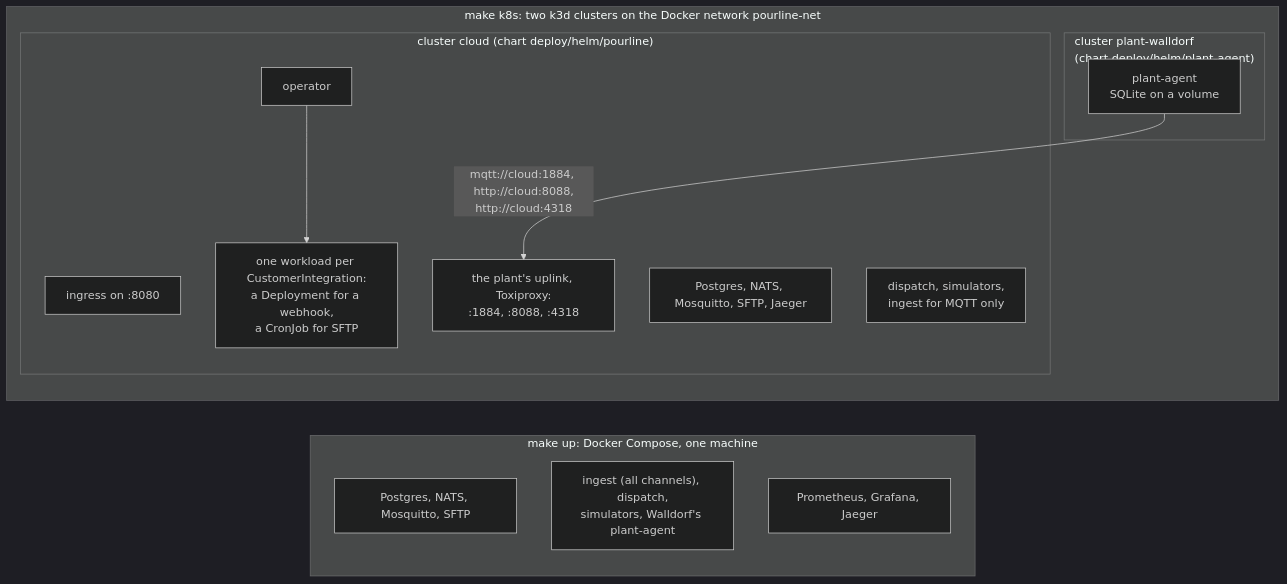
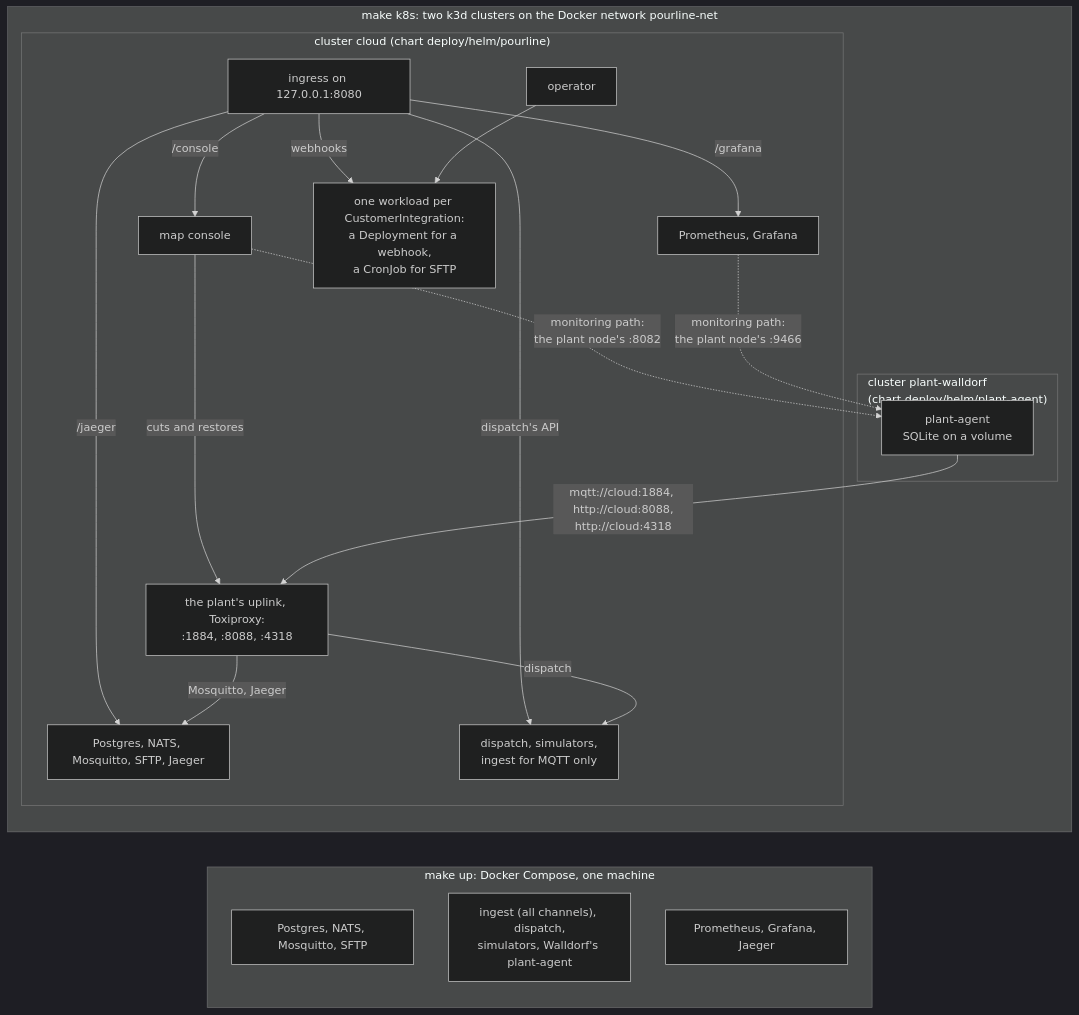
The seventh of 9 diagrams in docs/architecture.md (igorilic/rmc-dispatch-platform), drawn with Mermaid (dark theme) before and after one commit. The commit also changed other lines of this file and 4 other files, not shown here.

First line of the commit message:
docs: the map console (M10 step 9)

````diff
--- a/docs/architecture.md
+++ b/docs/architecture.md
@@ -209,24 +276,36 @@
 ```mermaid
 flowchart LR
     subgraph compose["make up: Docker Compose, one machine"]
         c_infra["Postgres, NATS, Mosquitto, SFTP"]
         c_apps["ingest (all channels), dispatch,<br/>simulators, Walldorf's plant-agent"]
         c_obs["Prometheus, Grafana, Jaeger"]
     end
 
     subgraph k8s["make k8s: two k3d clusters on the Docker network pourline-net"]
         subgraph plant["cluster plant-walldorf<br/>(chart deploy/helm/plant-agent)"]
             k_agent["plant-agent<br/>SQLite on a volume"]
         end
         subgraph cloud["cluster cloud (chart deploy/helm/pourline)"]
-            k_ingress["ingress on :8080"]
+            k_ingress["ingress on 127.0.0.1:8080"]
+            k_console["map console"]
+            k_obs["Prometheus, Grafana"]
             k_uplink["the plant's uplink, Toxiproxy:<br/>:1884, :8088, :4318"]
             k_infra["Postgres, NATS, Mosquitto, SFTP, Jaeger"]
             k_apps["dispatch, simulators,<br/>ingest for MQTT only"]
             k_op["operator"]
             k_ci["one workload per CustomerIntegration:<br/>a Deployment for a webhook,<br/>a CronJob for SFTP"]
+            k_ingress -- "/console" --> k_console
+            k_ingress -- "/grafana" --> k_obs
+            k_ingress -- "/jaeger" --> k_infra
+            k_ingress -- "dispatch's API" --> k_apps
+            k_ingress -- "webhooks" --> k_ci
             k_op --> k_ci
+            k_console -- "cuts and restores" --> k_uplink
+            k_uplink -- "Mosquitto, Jaeger" --> k_infra
+            k_uplink -- "dispatch" --> k_apps
         end
         k_agent -- "mqtt://cloud:1884, http://cloud:8088,<br/>http://cloud:4318" --> k_uplink
+        k_console -. "monitoring path:<br/>the plant node's :8082" .-> k_agent
+        k_obs -. "monitoring path:<br/>the plant node's :9466" .-> k_agent
     end
 ```
````
